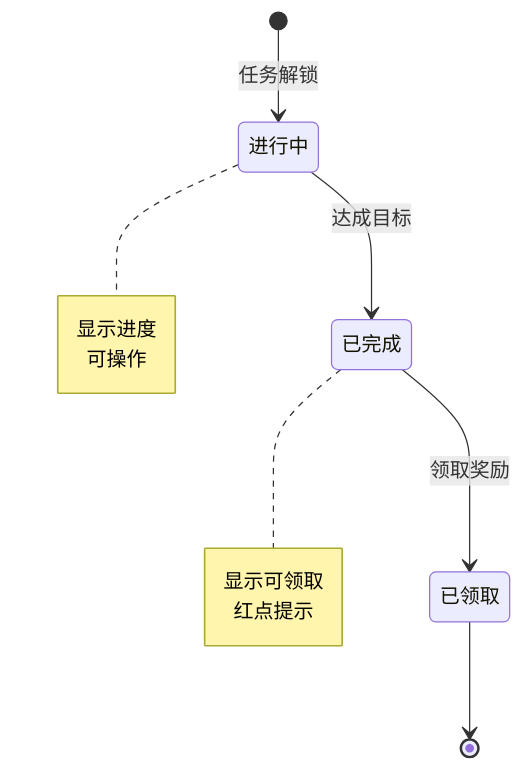
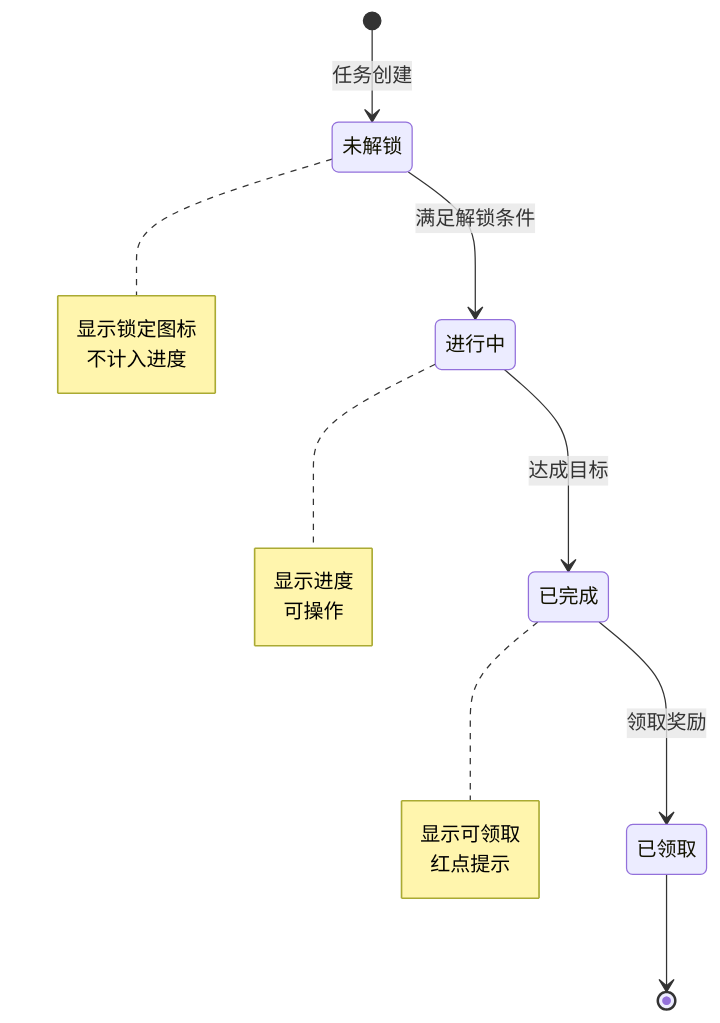
Before and after one commit to Alan-Ben/k2c_game_framework: the second of 6 diagrams in docs/Module_StageGoal/06_实现细节.md, drawn with Mermaid. The commit also changed other lines of this file and 32 other files, not shown here.

````diff
--- a/docs/Module_StageGoal/06_实现细节.md
+++ b/docs/Module_StageGoal/06_实现细节.md
@@ -88,17 +113,23 @@
 ```mermaid
 stateDiagram-v2
-    [*] --> 进行中: 任务解锁
+    [*] --> 未解锁: 任务创建
+    未解锁 --> 进行中: 满足解锁条件
     进行中 --> 已完成: 达成目标
     已完成 --> 已领取: 领取奖励
     已领取 --> [*]
+
+    note right of 未解锁
+        显示锁定图标
+        不计入进度
+    end note
 
     note right of 进行中
         显示进度
         可操作
     end note
 
     note right of 已完成
         显示可领取
         红点提示
     end note
 ```
````
